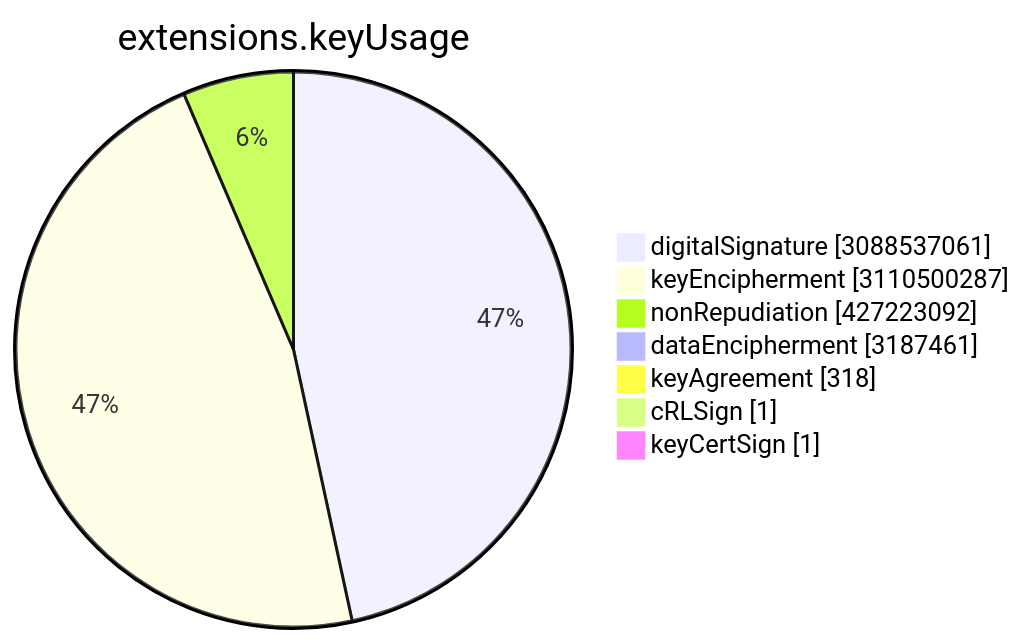
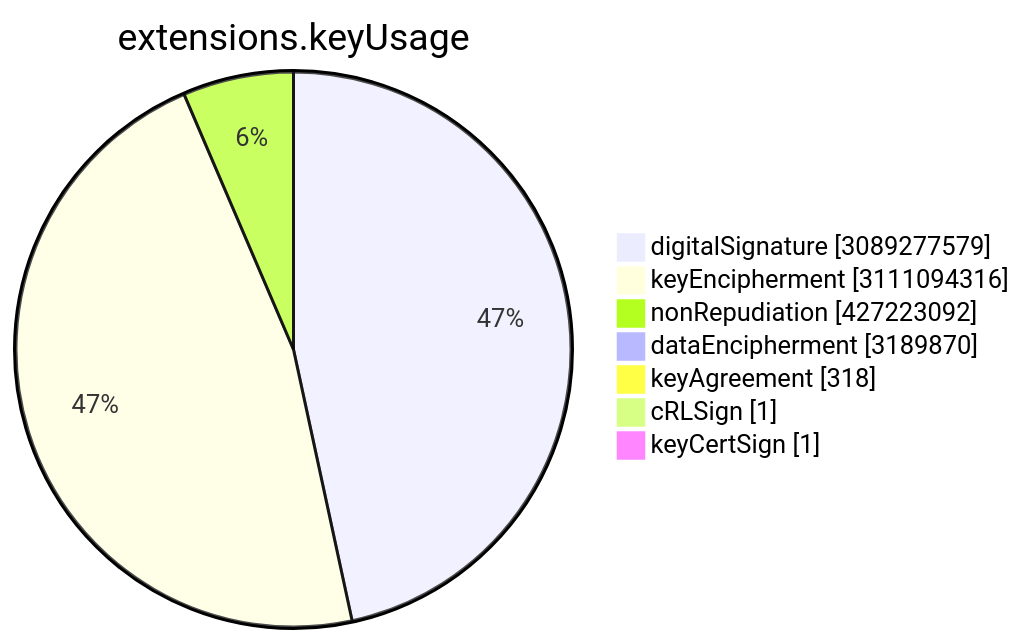
The sixth of 15 diagrams in TOTAL/README.md (christiankrug/ctmonitor_visualization), drawn with Mermaid before and after one commit. The commit also changed other lines of this file, not shown here.

````diff
--- a/TOTAL/README.md
+++ b/TOTAL/README.md
@@ -3075,11 +3075,11 @@
 ```mermaid
 pie showData
 title extensions.keyUsage
-"digitalSignature" :3088537061
-"keyEncipherment" :3110500287
+"digitalSignature" :3089277579
+"keyEncipherment" :3111094316
 "nonRepudiation" :427223092
-"dataEncipherment" :3187461
+"dataEncipherment" :3189870
 "keyAgreement" :318
 "cRLSign" :1
 "keyCertSign" :1
 ```
````
